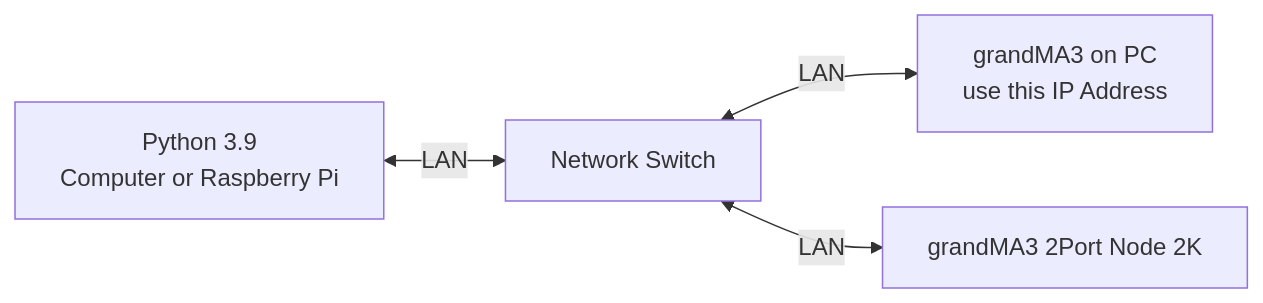
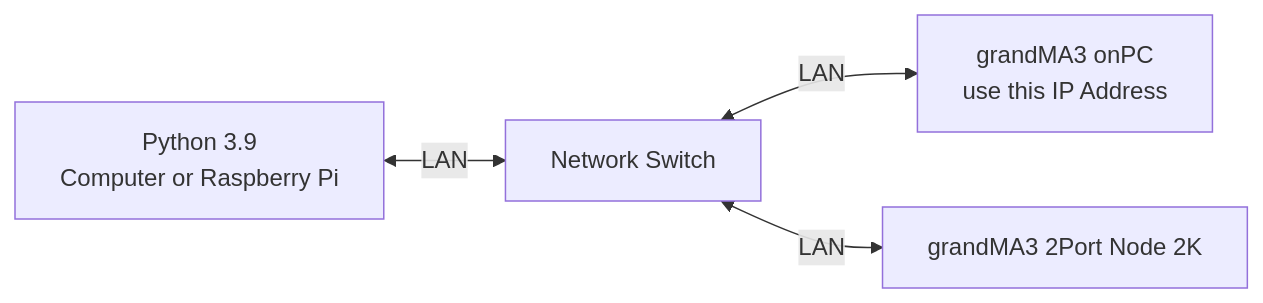
Before and after one commit to huats-club/oscstarterkit: the first of 2 diagrams in tutorial5/tutorial5.md, drawn with Mermaid. The commit also changed other lines of this file and 8 other files, not shown here.

````diff
--- a/tutorial5/tutorial5.md
+++ b/tutorial5/tutorial5.md
@@ -10,6 +44,6 @@
 ```mermaid
 graph LR
 A[Python 3.9<br>Computer or Raspberry Pi] <--LAN--> B[Network Switch]
-B <--LAN--> C[grandMA3 on PC<br>use this IP Address]
+B <--LAN--> C[grandMA3 onPC<br>use this IP Address]
 B <--LAN--> D[grandMA3 2Port Node 2K]
 ```
````
